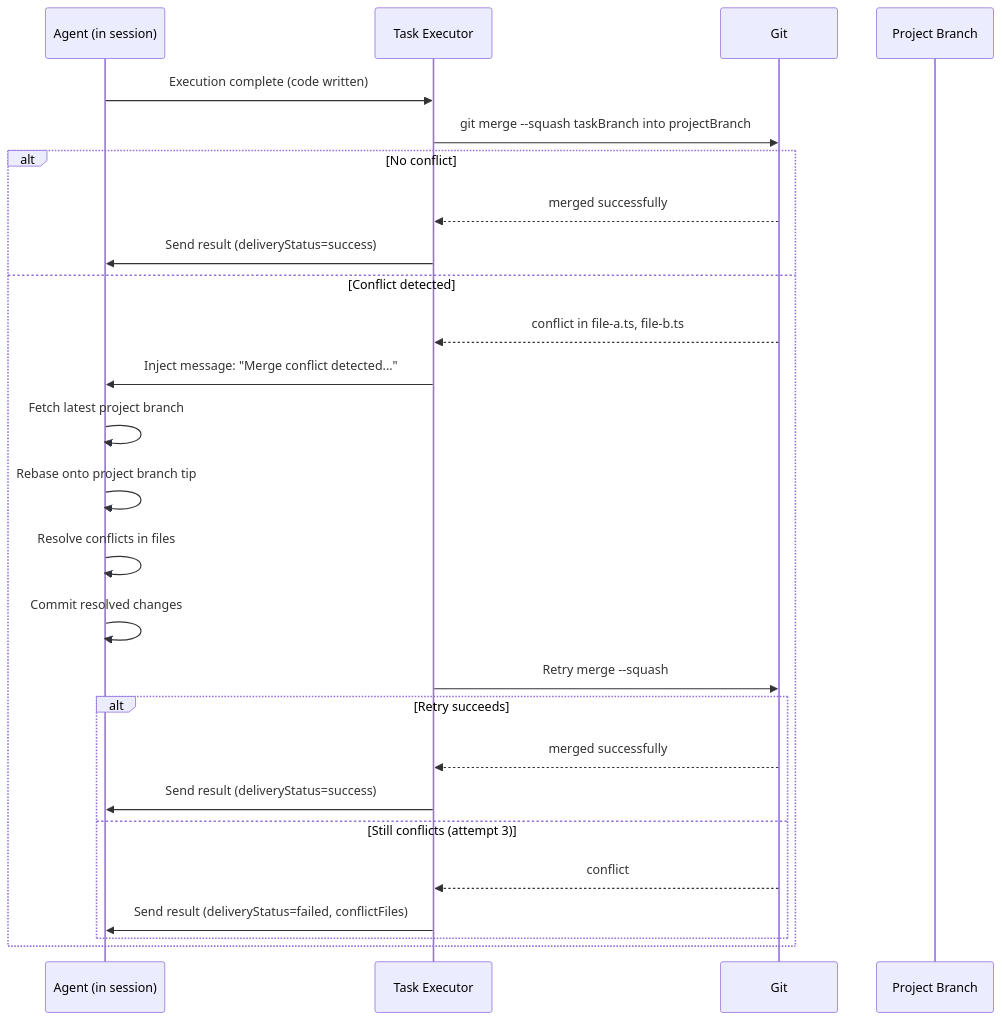
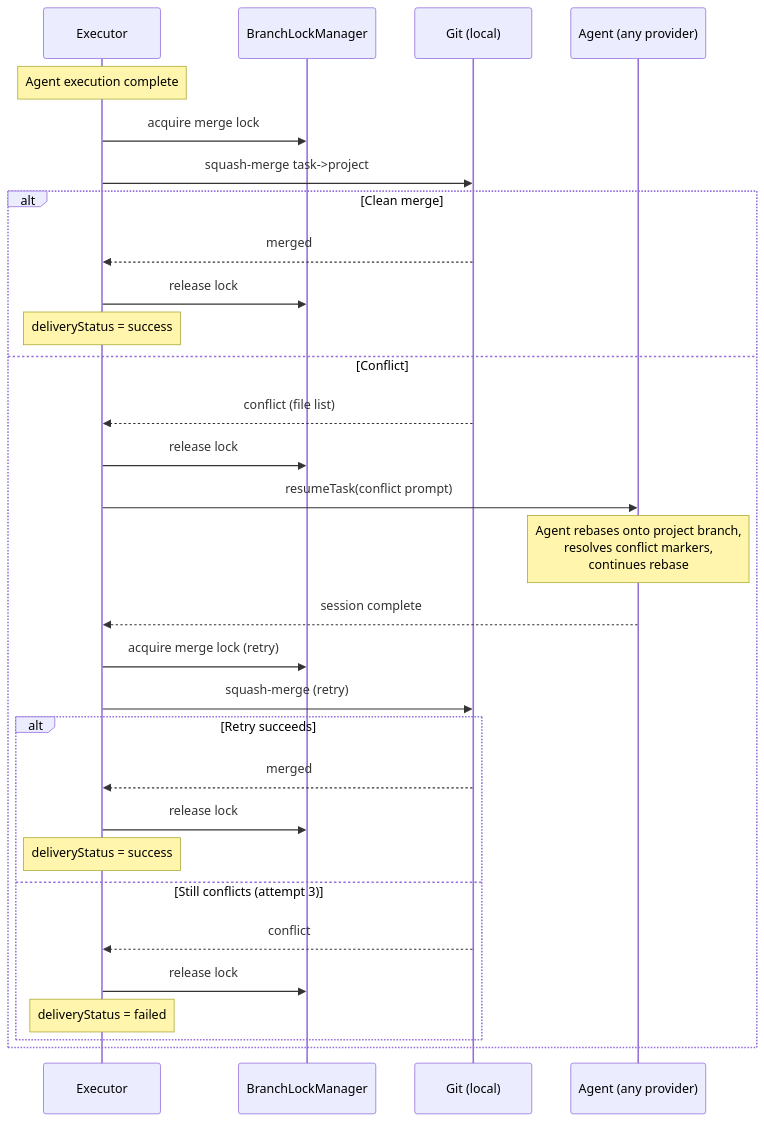
The first of 2 diagrams in docs/design/MERGE_CONFLICT_RESOLUTION.md (fuxialexander/astro), drawn with Mermaid before and after one commit. The commit also changed other lines of this file, not shown here.

First line of the commit message:
docs: add merge conflict resolution design doc

````diff
--- a/docs/design/MERGE_CONFLICT_RESOLUTION.md
+++ b/docs/design/MERGE_CONFLICT_RESOLUTION.md
@@ -113,29 +41,33 @@
 ```mermaid
 sequenceDiagram
-    participant A as Agent (in session)
-    participant E as Task Executor
-    participant G as Git
-    participant PB as Project Branch
+    participant E as Executor
+    participant L as BranchLockManager
+    participant G as Git (local)
+    participant A as Agent (any provider)
 
-    A->>E: Execution complete (code written)
-    E->>G: git merge --squash taskBranch into projectBranch
-    alt No conflict
-        G-->>E: merged successfully
-        E->>A: Send result (deliveryStatus=success)
-    else Conflict detected
-        G-->>E: conflict in file-a.ts, file-b.ts
-        E->>A: Inject message: "Merge conflict detected..."
-        A->>A: Fetch latest project branch
-        A->>A: Rebase onto project branch tip
-        A->>A: Resolve conflicts in files
-        A->>A: Commit resolved changes
-        E->>G: Retry merge --squash
+    Note over E: Agent execution complete
+    E->>L: acquire merge lock
+    E->>G: squash-merge task->project
+    alt Clean merge
+        G-->>E: merged
+        E->>L: release lock
+        Note over E: deliveryStatus = success
+    else Conflict
+        G-->>E: conflict (file list)
+        E->>L: release lock
+        E->>A: resumeTask(conflict prompt)
+        Note over A: Agent rebases onto project branch,<br/>resolves conflict markers,<br/>continues rebase
+        A-->>E: session complete
+        E->>L: acquire merge lock (retry)
+        E->>G: squash-merge (retry)
         alt Retry succeeds
-            G-->>E: merged successfully
-            E->>A: Send result (deliveryStatus=success)
+            G-->>E: merged
+            E->>L: release lock
+            Note over E: deliveryStatus = success
         else Still conflicts (attempt 3)
             G-->>E: conflict
-            E->>A: Send result (deliveryStatus=failed, conflictFiles)
+            E->>L: release lock
+            Note over E: deliveryStatus = failed
         end
     end
 ```
````
